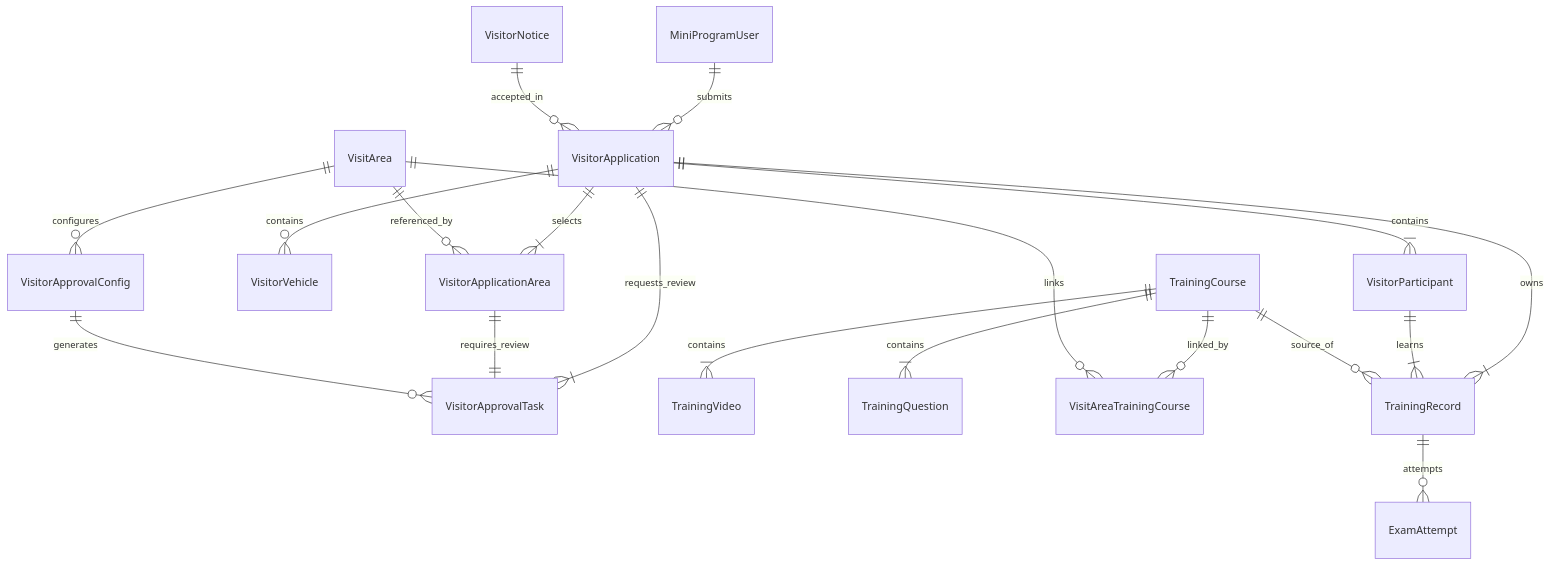
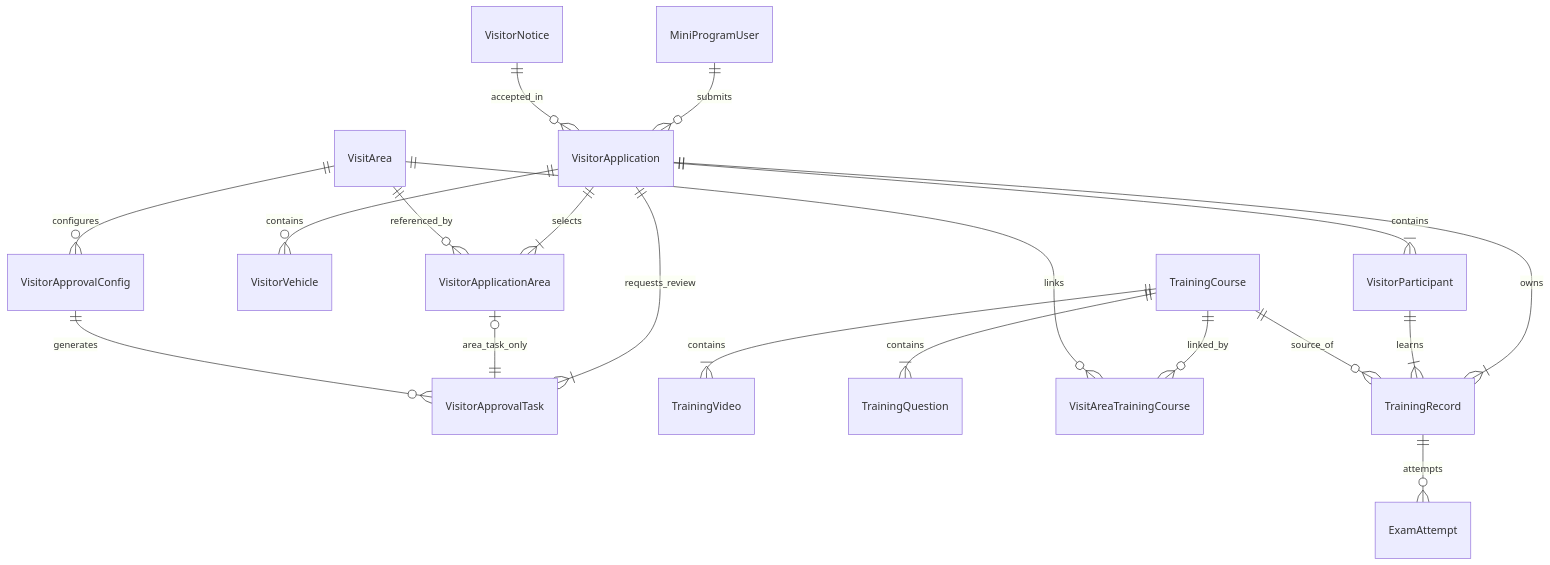
One commit to neozhu/visit-traning-client changed the second of 2 diagrams in doc/VisitSafe-Backend-SPEC.md. Above: the diagram before and after it, drawn with Mermaid. The commit also changed other lines of this file, not shown here.

Commit message:
feat: refine VisitorApprovalTask and approval process definitions for clarity and functionality

````diff
--- a/doc/VisitSafe-Backend-SPEC.md
+++ b/doc/VisitSafe-Backend-SPEC.md
@@ -492,21 +517,21 @@
 ```mermaid
 erDiagram
     MiniProgramUser ||--o{ VisitorApplication : submits
     VisitorApplication ||--|{ VisitorParticipant : contains
     VisitorApplication ||--o{ VisitorVehicle : contains
     VisitorApplication ||--|{ VisitorApplicationArea : selects
     VisitArea ||--o{ VisitorApplicationArea : referenced_by
     VisitorApplication ||--|{ VisitorApprovalTask : requests_review
-    VisitorApplicationArea ||--|| VisitorApprovalTask : requires_review
+    VisitorApplicationArea |o--|| VisitorApprovalTask : area_task_only
     VisitArea ||--o{ VisitorApprovalConfig : configures
     VisitorApprovalConfig ||--o{ VisitorApprovalTask : generates
     VisitorNotice ||--o{ VisitorApplication : accepted_in
     TrainingCourse ||--|{ TrainingVideo : contains
     TrainingCourse ||--|{ TrainingQuestion : contains
     TrainingCourse ||--o{ VisitAreaTrainingCourse : linked_by
     VisitArea ||--o{ VisitAreaTrainingCourse : links
     VisitorApplication ||--|{ TrainingRecord : owns
     VisitorParticipant ||--|{ TrainingRecord : learns
     TrainingCourse ||--o{ TrainingRecord : source_of
     TrainingRecord ||--o{ ExamAttempt : attempts
 ```
````
